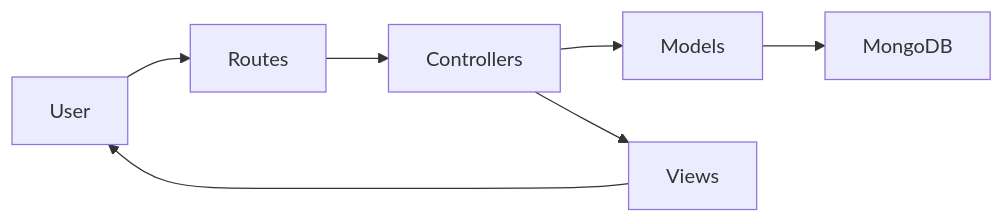
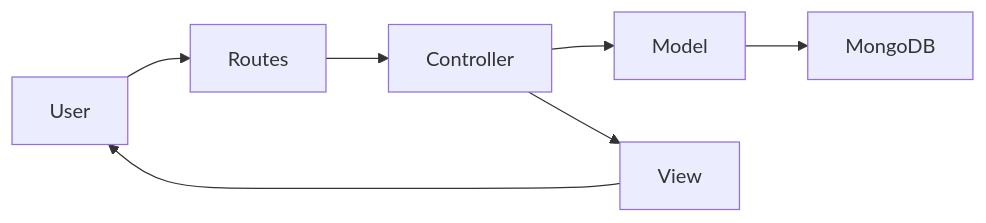
The second of 6 diagrams in README.md (sandeepkumaryadav05/majorproject), drawn with Mermaid before and after one commit. The commit also changed other lines of this file, not shown here.

````diff
--- a/README.md
+++ b/README.md
@@ -88,6 +72,6 @@
-``` mermaid
+```mermaid
 graph LR
-User --> Routes --> Controllers --> Models --> MongoDB
-Controllers --> Views
-Views --> User
+User-->Routes-->Controller-->Model-->MongoDB
+Controller-->View
+View-->User
 ```
````
